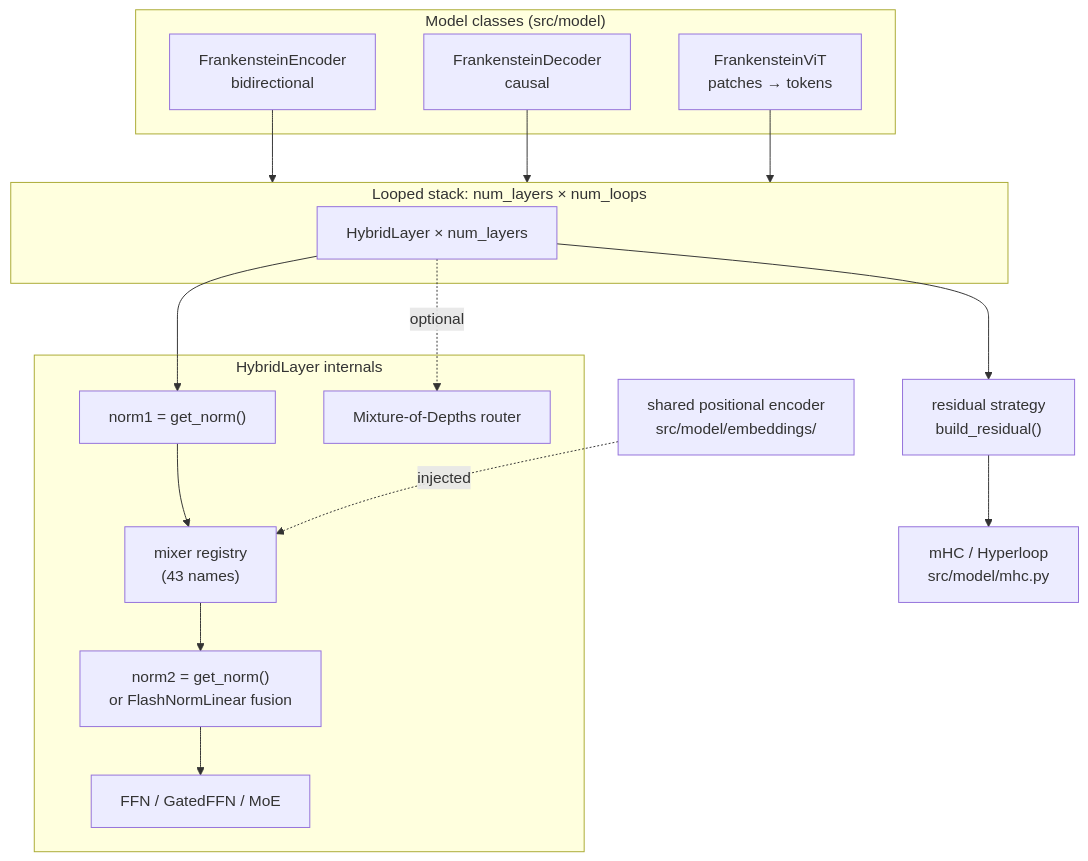
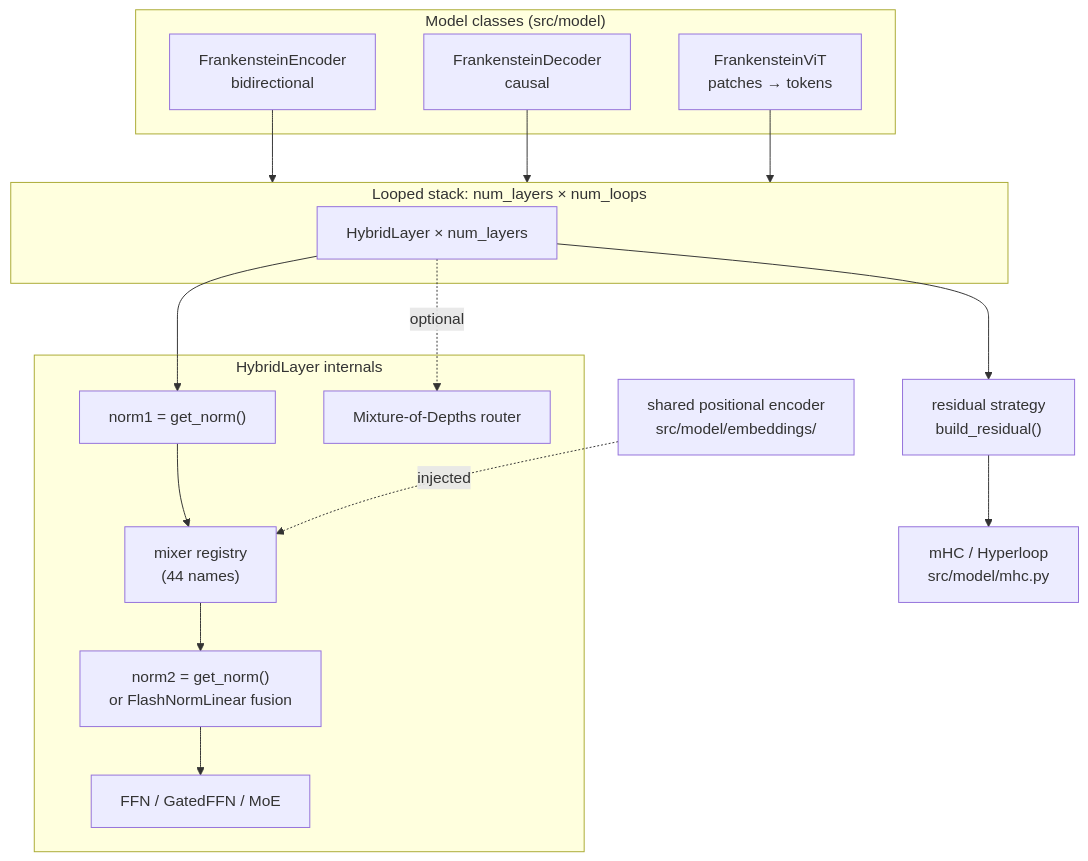
Before and after one commit to erickfmm/erickfmm.github.io: the third of 5 diagrams in frankenstein-transformer/paper/specs/architecture.md, drawn with Mermaid. The commit also changed other lines of this file and 27 other files, not shown here.

First line of the commit message:
sync(frankenstein-transformer): add swa_attn schema, presets and paper

````diff
--- a/frankenstein-transformer/paper/specs/architecture.md
+++ b/frankenstein-transformer/paper/specs/architecture.md
@@ -167,30 +167,30 @@
 ```mermaid
 flowchart TD
     subgraph MODELS["Model classes (src/model)"]
       ENC["FrankensteinEncoder<br/>bidirectional"]
       DEC["FrankensteinDecoder<br/>causal"]
       VIT["FrankensteinViT<br/>patches → tokens"]
     end
 
     ENC --> LOOP
     DEC --> LOOP
     VIT --> LOOP
 
     subgraph LOOP["Looped stack: num_layers × num_loops"]
       HL["HybridLayer × num_layers"]
     end
 
     subgraph HYBRID["HybridLayer internals"]
       N1["norm1 = get_norm()"]
-      MX["mixer registry<br/>(43 names)"]
+      MX["mixer registry<br/>(44 names)"]
       FF["FFN / GatedFFN / MoE"]
       N2["norm2 = get_norm()<br/>or FlashNormLinear fusion"]
       MOD["Mixture-of-Depths router"]
     end
 
     HL --> N1 --> MX --> N2 --> FF
     HL -. optional .-> MOD
     PE["shared positional encoder<br/>src/model/embeddings/"] -. injected .-> MX
     HL --> RES["residual strategy<br/>build_residual()"]
     RES --> MHC["mHC / Hyperloop<br/>src/model/mhc.py"]
 ```
````
